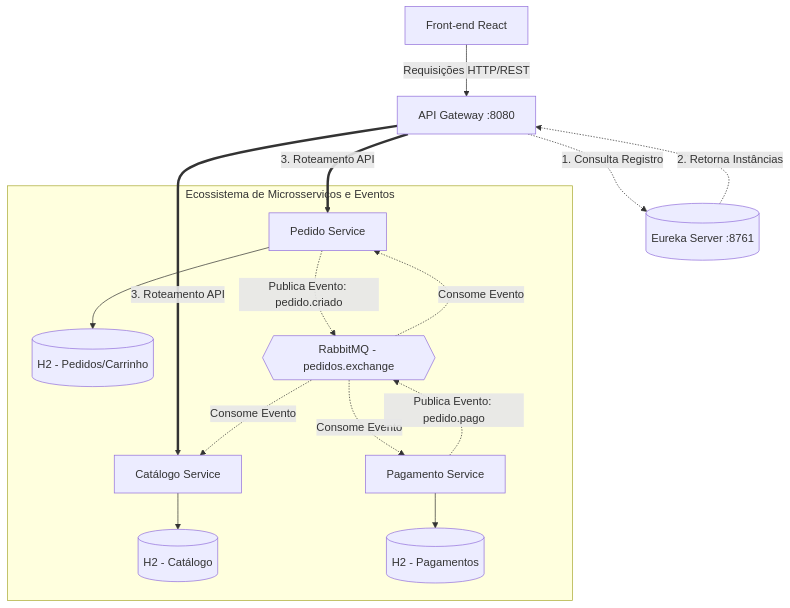
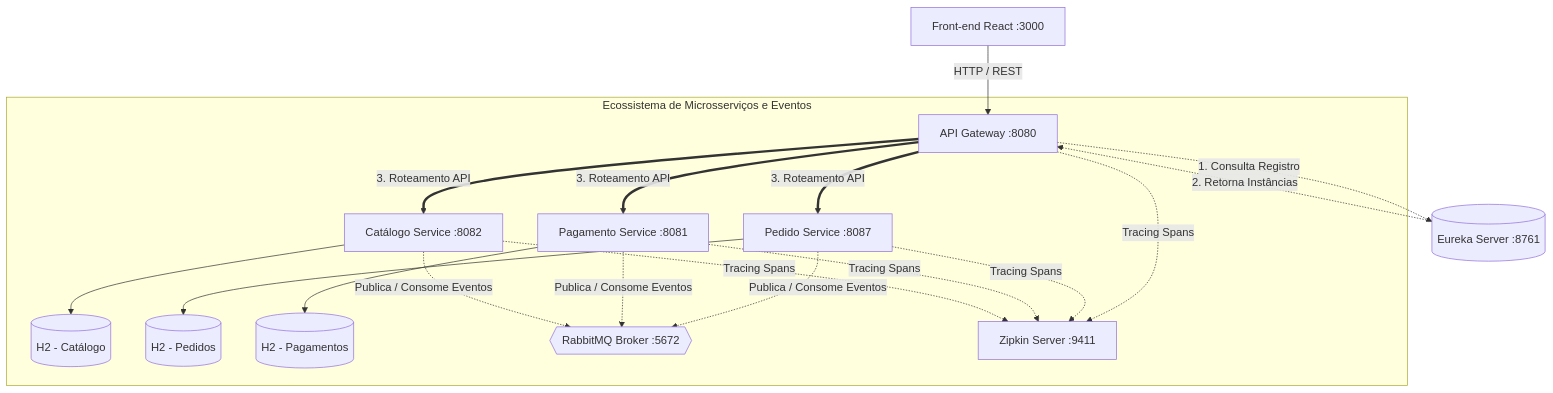
Before and after one commit to Matheusz19/projeto_de_bloco_ecommerce_microsservices: the first of 3 diagrams in readme.md, drawn with Mermaid. The commit also changed other lines of this file and 108 other files, not shown here.

````diff
--- a/readme.md
+++ b/readme.md
@@ -90,24 +40,29 @@
 ```mermaid
 graph TD
-    UI[Front-end React] -->|Requisições HTTP/REST| Gateway[API Gateway :8080]
+   UI[Front-end React :3000] -->|HTTP / REST| Gateway[API Gateway :8080]
 
-    Gateway -.->|1. Consulta Registro| Eureka[(Eureka Server :8761)]
-    Eureka -.->|2. Retorna Instâncias| Gateway
+   Gateway -.->|1. Consulta Registro| Eureka[(Eureka Server :8761)]
+   Eureka -.->|2. Retorna Instâncias| Gateway
 
-    Gateway ==>|3. Roteamento API| CatMS[Catálogo Service]
-    Gateway ==>|3. Roteamento API| PedMS[Pedido Service]
+   Gateway ==>|3. Roteamento API| CatMS[Catálogo Service :8082]
+   Gateway ==>|3. Roteamento API| PedMS[Pedido Service :8087]
+   Gateway ==>|3. Roteamento API| PagMS[Pagamento Service :8081]
 
-    subgraph Ecossistema de Microsserviços e Eventos
-        CatMS --> DB1[(H2 - Catálogo)]
-        PedMS --> DB2[(H2 - Pedidos/Carrinho)]
-        PagMS[Pagamento Service] --> DB3[(H2 - Pagamentos)]
+   subgraph Ecossistema de Microsserviços e Eventos
+      CatMS --> DB1[(H2 - Catálogo)]
+      PedMS --> DB2[(H2 - Pedidos)]
+      PagMS --> DB3[(H2 - Pagamentos)]
 
-        Broker{{RabbitMQ - pedidos.exchange}}
+      Broker{{RabbitMQ Broker :5672}}
+      Zipkin[Zipkin Server :9411]
 
-        PedMS -.->|Publica Evento: pedido.criado| Broker
-        Broker -.->|Consome Evento| PagMS
-        PagMS -.->|Publica Evento: pedido.pago| Broker
-        Broker -.->|Consome Evento| CatMS
-        Broker -.->|Consome Evento| PedMS
-    end
+      PedMS -.->|Publica / Consome Eventos| Broker
+      PagMS -.->|Publica / Consome Eventos| Broker
+      CatMS -.->|Publica / Consome Eventos| Broker
+
+      Gateway -.->|Tracing Spans| Zipkin
+      PedMS -.->|Tracing Spans| Zipkin
+      PagMS -.->|Tracing Spans| Zipkin
+      CatMS -.->|Tracing Spans| Zipkin
+   end
 ```
````
